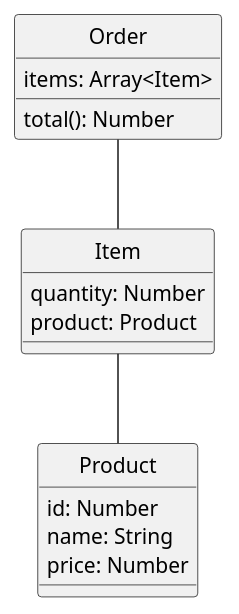
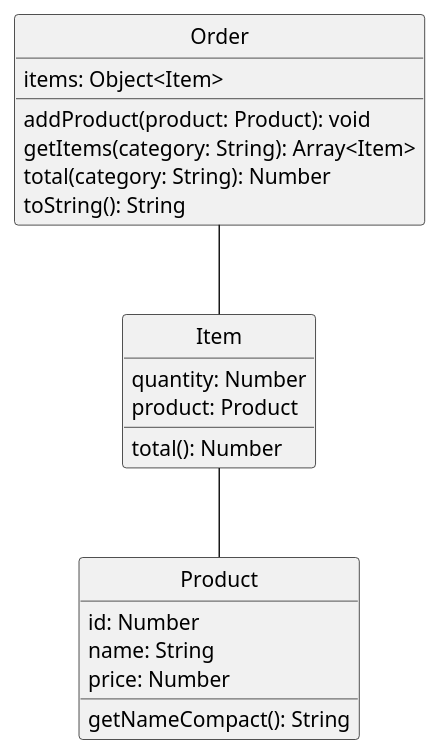
One commit to eliabeleal/ls changed the diagram in codes/ecma/tasks/Object-order.pu. Above: the diagram before and after it, drawn with PlantUML. The commit also changed 5 other files, not shown here.

```diff
--- a/codes/ecma/tasks/Object-order.pu
+++ b/codes/ecma/tasks/Object-order.pu
@@ -1,24 +1,29 @@
 @startuml
 skinparam classAttributeIconSize 0
 skinparam monochrome true
 hide circle
 
 class Order {
-    items: Array<Item>
-    total(): Number
+    items: Object<Item>
+    addProduct(product: Product): void
+    getItems(category: String): Array<Item>
+    total(category: String): Number
+    toString(): String
 }
 
 class Item {
     quantity: Number
     product: Product
+    total(): Number
 }
 Order -- Item
 
 class Product {
     id: Number
     name: String
     price: Number
+    getNameCompact(): String
 }
 Item -- Product
 
 @enduml
```
